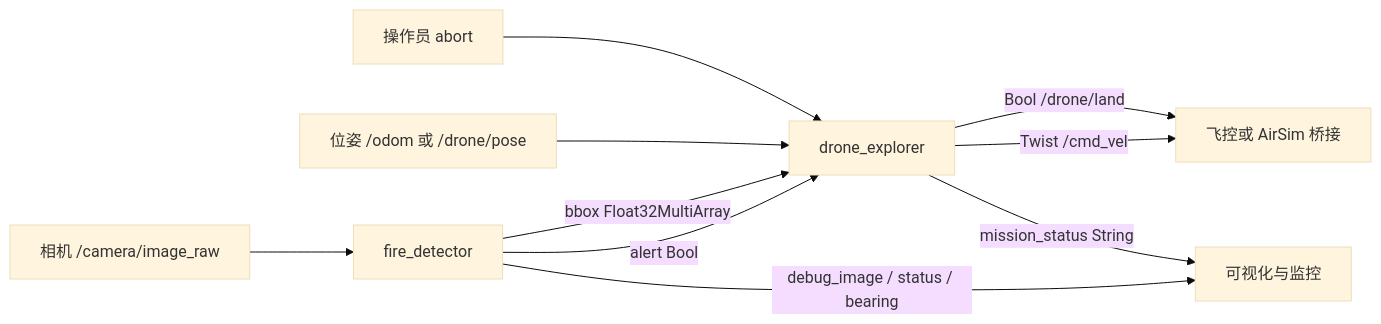
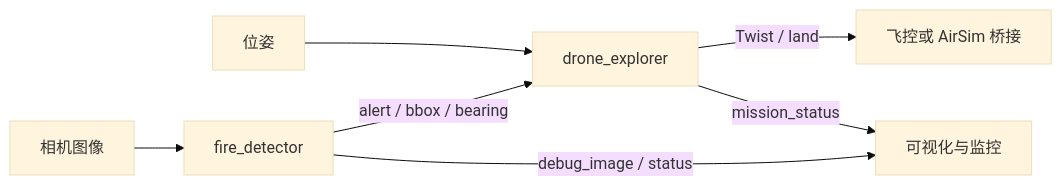
The first of 2 diagrams in docs/air/fire_detection_drone.md (OpenHUTB/ros2), drawn with Mermaid (base theme) before and after one commit. The commit also changed other lines of this file and 2 other files, not shown here.

Commit message:
fix(drone): declare launch arguments, unify doc parameters and bbox field names

````diff
--- a/docs/air/fire_detection_drone.md
+++ b/docs/air/fire_detection_drone.md
@@ -17,12 +31,9 @@
 ```mermaid
 graph LR
-    C[相机 /camera/image_raw] --> D[fire_detector]
-    D -->|alert Bool| E[drone_explorer]
-    D -->|bbox Float32MultiArray| E
-    D -->|debug_image / status / bearing| V[可视化与监控]
-    O[位姿 /odom 或 /drone/pose] --> E
-    A[操作员 abort] --> E
-    E -->|Twist /cmd_vel| F[飞控或 AirSim 桥接]
-    E -->|Bool /drone/land| F
-    E -->|mission_status String| V
+    C[相机图像] --> D[fire_detector]
+    D -->|alert / bbox / bearing| E[drone_explorer]
+    P[位姿] --> E
+    E -->|Twist / land| F[飞控或 AirSim 桥接]
+    D -->|debug_image / status| V[可视化与监控]
+    E -->|mission_status| V
 ```
````
